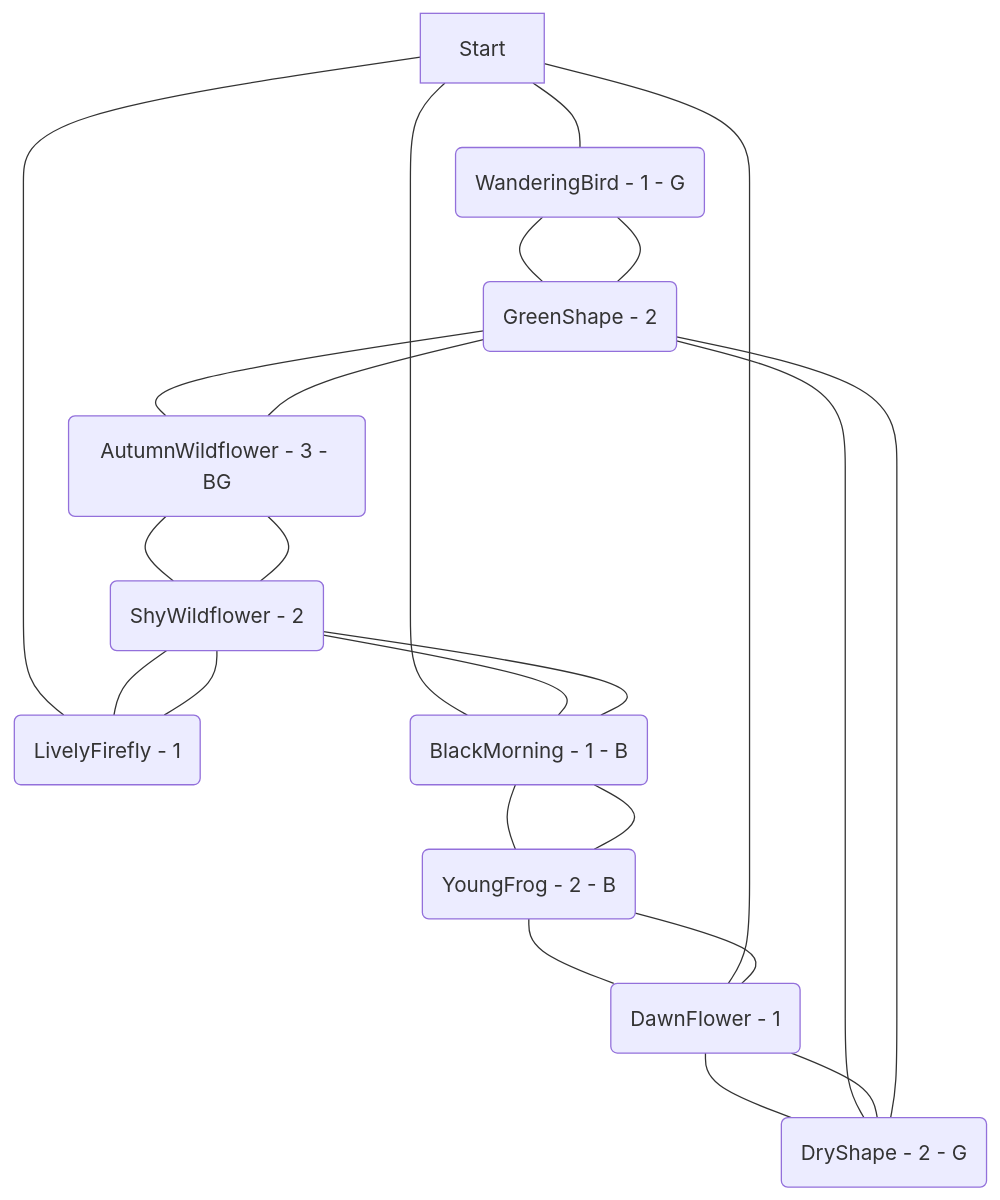
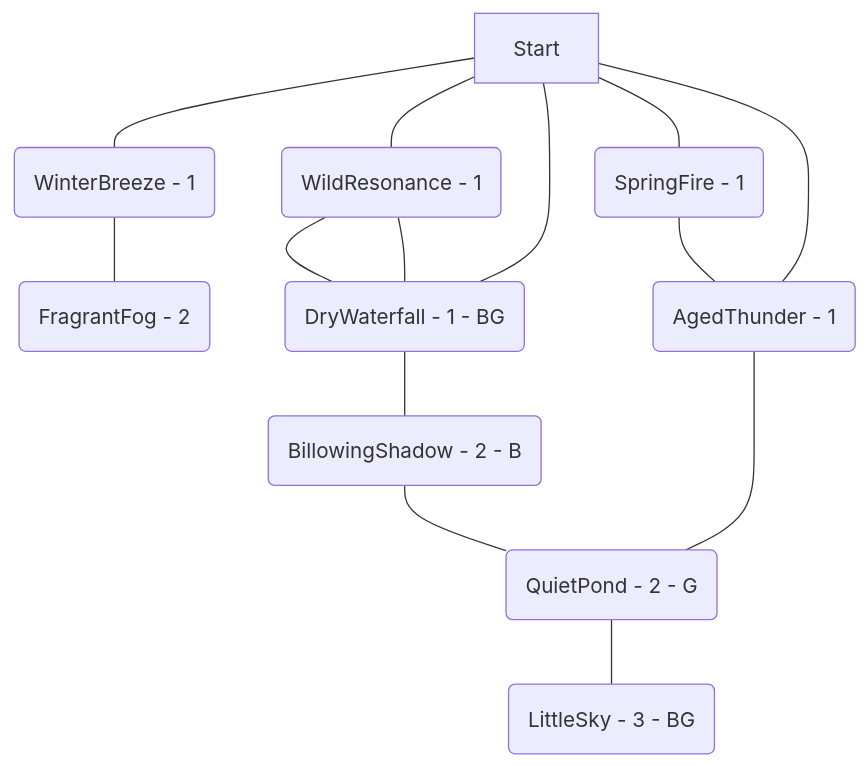
The diagram in examples/007.md (kinostl/Automatic-Liberation-Map), drawn with Mermaid before and after one commit. The commit also changed other lines of this file and 9 other files, not shown here.

````diff
--- a/examples/007.md
+++ b/examples/007.md
@@ -4,25 +4,16 @@
 ```mermaid  
 flowchart TD  
-	Start --- HjXYiGOn(WanderingBird - 1 - G)  
-	fCJNHOnc(YoungFrog - 2 - B) --- PWsXpwNr(DawnFlower - 1)  
-	tHUNzaYQ(GreenShape - 2) --- VHcvILrN(AutumnWildflower - 3 - BG)  
-	PWsXpwNr(DawnFlower - 1) --- fCJNHOnc(YoungFrog - 2 - B)  
-	Start --- QGnBMIyc(LivelyFirefly - 1)  
-	PWsXpwNr(DawnFlower - 1) --- IpaeHRGF(DryShape - 2 - G)  
-	Start --- IwpNKPoc(BlackMorning - 1 - B)  
-	VHcvILrN(AutumnWildflower - 3 - BG) --- tHUNzaYQ(GreenShape - 2)  
-	IwpNKPoc(BlackMorning - 1 - B) --- MkaTyjwt(ShyWildflower - 2)  
-	tHUNzaYQ(GreenShape - 2) --- IpaeHRGF(DryShape - 2 - G)  
-	MkaTyjwt(ShyWildflower - 2) --- VHcvILrN(AutumnWildflower - 3 - BG)  
-	tHUNzaYQ(GreenShape - 2) --- HjXYiGOn(WanderingBird - 1 - G)  
-	MkaTyjwt(ShyWildflower - 2) --- QGnBMIyc(LivelyFirefly - 1)  
-	IpaeHRGF(DryShape - 2 - G) --- PWsXpwNr(DawnFlower - 1)  
-	HjXYiGOn(WanderingBird - 1 - G) --- tHUNzaYQ(GreenShape - 2)  
-	IpaeHRGF(DryShape - 2 - G) --- tHUNzaYQ(GreenShape - 2)  
-	MkaTyjwt(ShyWildflower - 2) --- IwpNKPoc(BlackMorning - 1 - B)  
-	VHcvILrN(AutumnWildflower - 3 - BG) --- MkaTyjwt(ShyWildflower - 2)  
-	fCJNHOnc(YoungFrog - 2 - B) --- IwpNKPoc(BlackMorning - 1 - B)  
-	IwpNKPoc(BlackMorning - 1 - B) --- fCJNHOnc(YoungFrog - 2 - B)  
-	QGnBMIyc(LivelyFirefly - 1) --- MkaTyjwt(ShyWildflower - 2)  
-	Start --- PWsXpwNr(DawnFlower - 1)  
+	XzdCgTxj(WildResonance - 1) --- qXStDmUl(DryWaterfall - 1 - BG)  
+	Start --- ISYMulsQ(WinterBreeze - 1)  
+	Start --- XzdCgTxj(WildResonance - 1)  
+	Start --- qXStDmUl(DryWaterfall - 1 - BG)  
+	oBfSUxEp(SpringFire - 1) --- XUaFLlmr(AgedThunder - 1)  
+	qXStDmUl(DryWaterfall - 1 - BG) --- XzdCgTxj(WildResonance - 1)  
+	ZUcNQAKy(BillowingShadow - 2 - B) --- LWklFxSY(QuietPond - 2 - G)  
+	Start --- oBfSUxEp(SpringFire - 1)  
+	XUaFLlmr(AgedThunder - 1) --- LWklFxSY(QuietPond - 2 - G)  
+	ISYMulsQ(WinterBreeze - 1) --- jRqiKscT(FragrantFog - 2)  
+	Start --- XUaFLlmr(AgedThunder - 1)  
+	qXStDmUl(DryWaterfall - 1 - BG) --- ZUcNQAKy(BillowingShadow - 2 - B)  
+	LWklFxSY(QuietPond - 2 - G) --- iXZAjCcd(LittleSky - 3 - BG)  
 ```  
````
